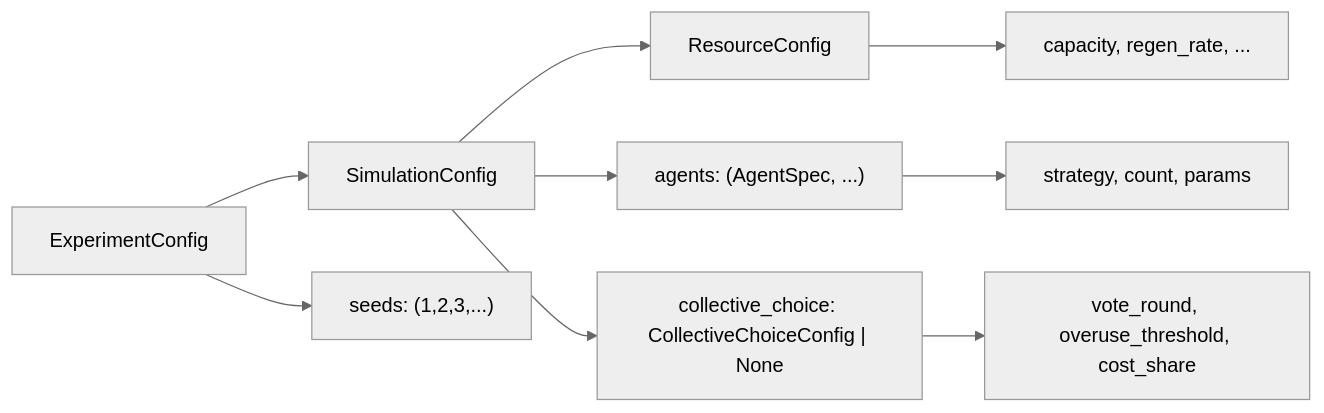
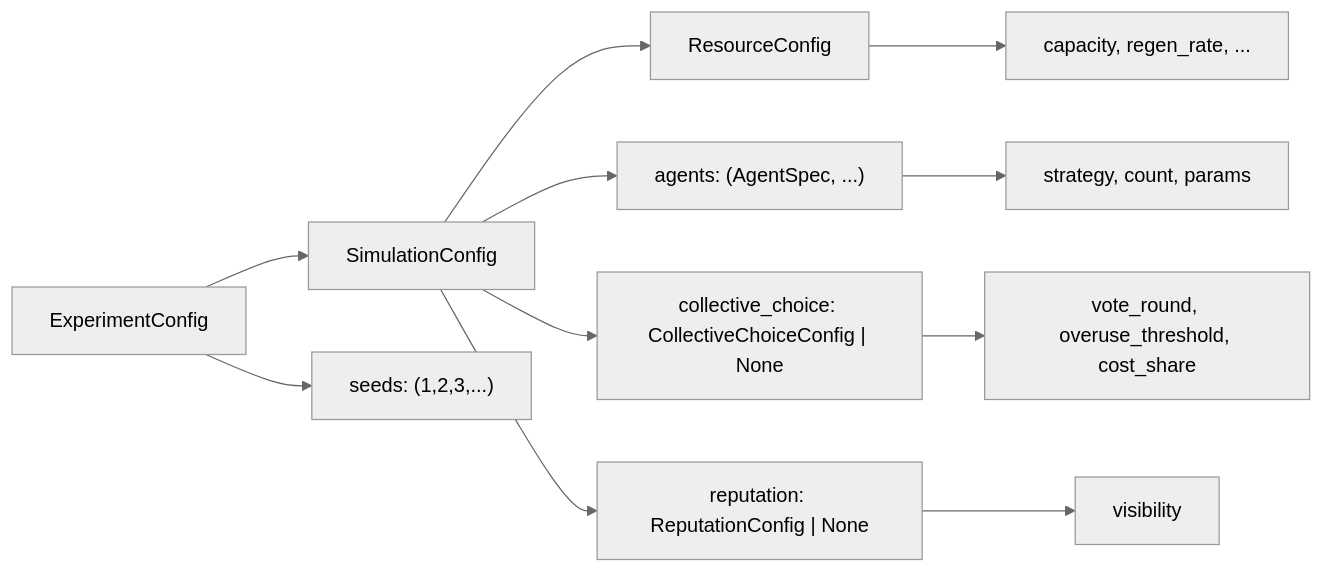
The third of 6 diagrams in docs/code-walkthrough.md (loonaarc/wfp2), drawn with Mermaid (neutral theme) before and after one commit. The commit also changed other lines of this file and 28 other files, not shown here.

````diff
--- a/docs/code-walkthrough.md
+++ b/docs/code-walkthrough.md
@@ -127,11 +129,13 @@
 ```mermaid
 flowchart LR
     EC[ExperimentConfig] --> SC[SimulationConfig]
     EC --> seeds["seeds: (1,2,3,...)"]
     SC --> RC[ResourceConfig]
     SC --> AS["agents: (AgentSpec, ...)"]
     SC --> CC["collective_choice: CollectiveChoiceConfig | None"]
+    SC --> RP["reputation: ReputationConfig | None"]
     AS --> spec["strategy, count, params"]
     RC --> rc["capacity, regen_rate, ..."]
     CC --> ccf["vote_round, overuse_threshold, cost_share"]
+    RP --> rpf["visibility"]
 ```
````
